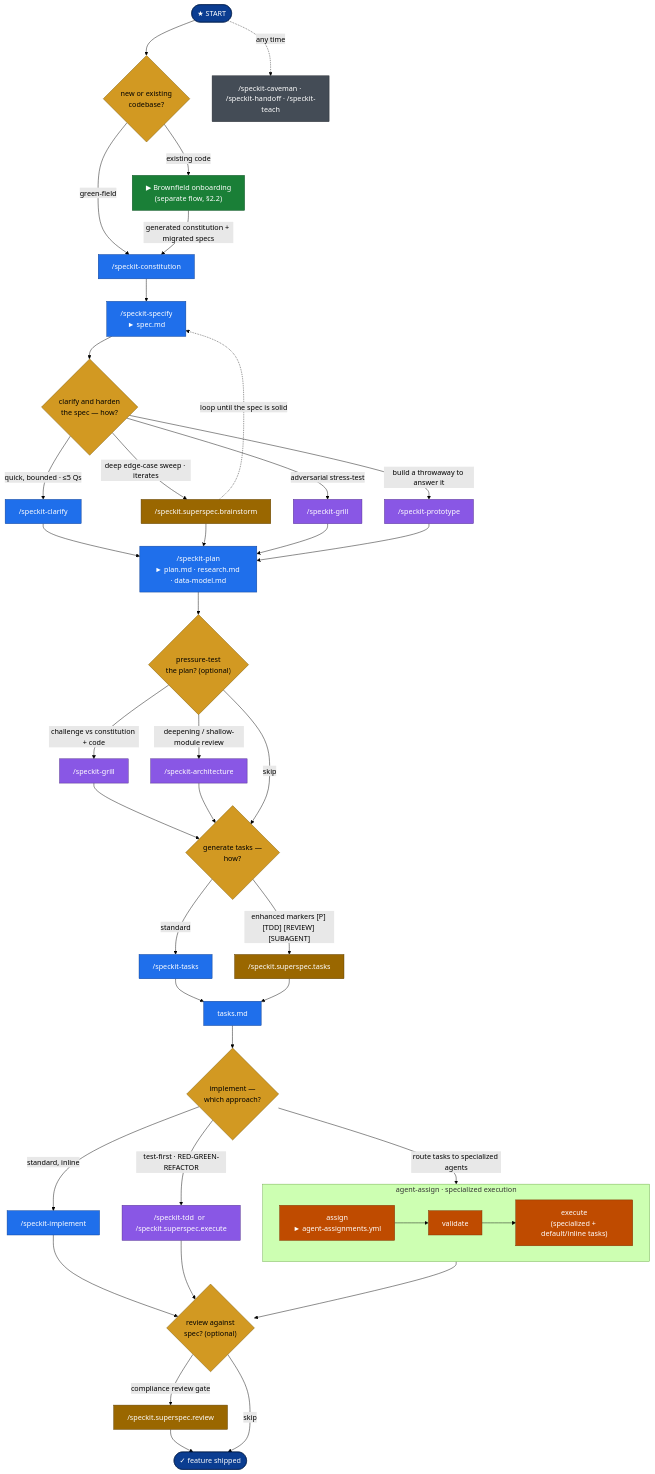
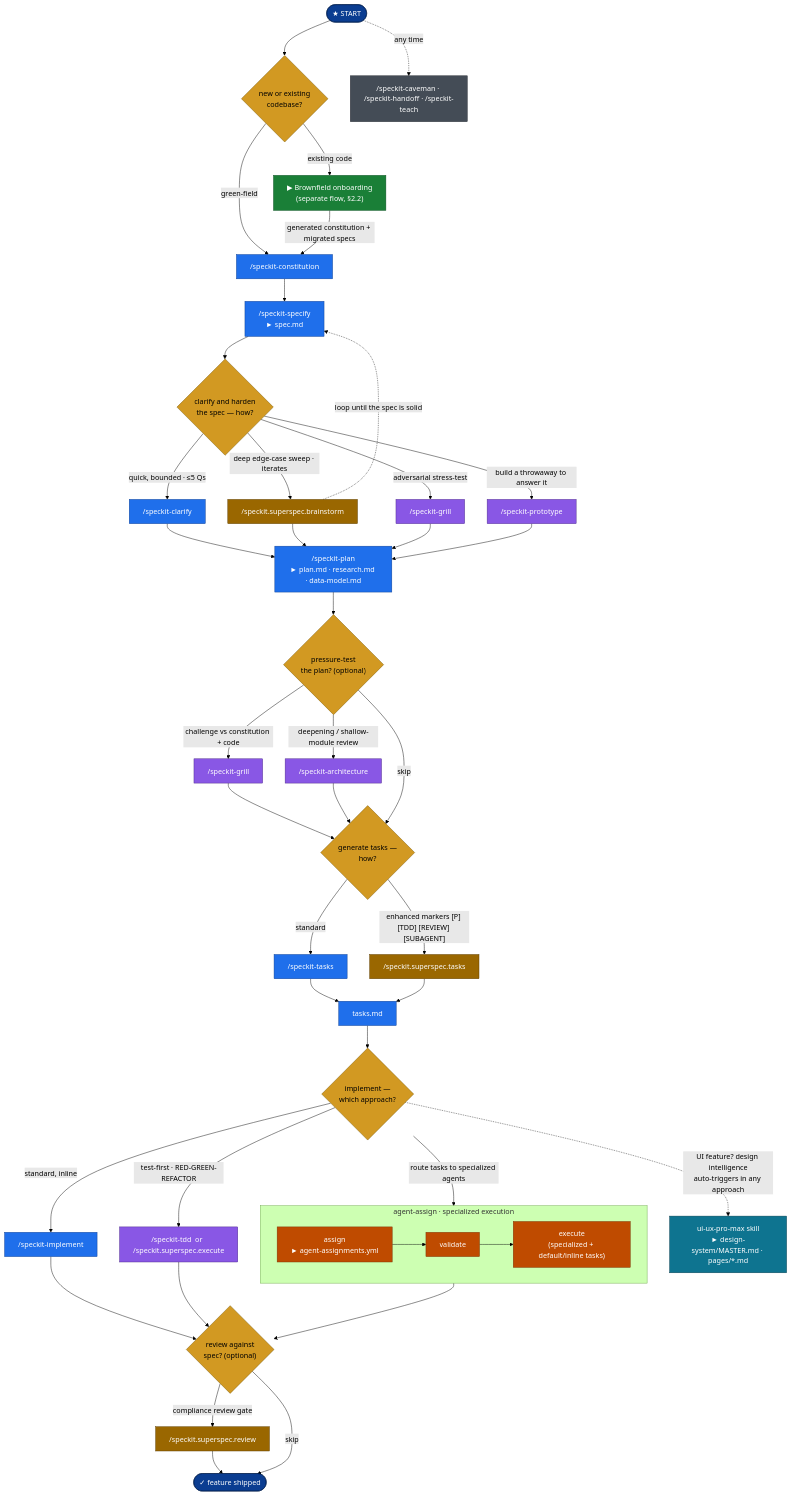
The first of 2 diagrams in WORKFLOW.md (schwarz-christoph/spec-kit-csc-extension), drawn with Mermaid (forest theme) before and after one commit. The commit also changed other lines of this file and 5 other files, not shown here.

First line of the commit message:
Add ui-ux-pro-max to default extensions; support Claude plugin layout

````diff
--- a/WORKFLOW.md
+++ b/WORKFLOW.md
@@ -98,63 +101,66 @@
 ```mermaid
 flowchart TD
     START([★ START]):::entry --> Q0{"new or existing<br/>codebase?"}:::branch
     Q0 -->|green-field| C
     Q0 -->|existing code| BREF["▶ Brownfield onboarding<br/>(separate flow, §2.2)"]:::bf
     BREF -->|generated constitution + migrated specs| C
 
     C["/speckit-constitution"]:::core --> S["/speckit-specify<br/>► spec.md"]:::core
 
     %% ---- decision: how to clarify / harden the spec ----
     S --> Q1{"clarify and harden<br/>the spec — how?"}:::branch
     Q1 -->|"quick, bounded · ≤5 Qs"| CL["/speckit-clarify"]:::core
     Q1 -->|"deep edge-case sweep · iterates"| BR["/speckit.superspec.brainstorm"]:::ss
     Q1 -->|"adversarial stress-test"| GR1["/speckit-grill"]:::csc
     Q1 -->|"build a throwaway to answer it"| PR["/speckit-prototype"]:::csc
     BR -. loop until the spec is solid .-> S
     CL --> P
     BR --> P
     GR1 --> P
     PR --> P
 
     P["/speckit-plan<br/>► plan.md · research.md · data-model.md"]:::core --> Q2{"pressure-test<br/>the plan? (optional)"}:::branch
     Q2 -->|"challenge vs constitution + code"| GR2["/speckit-grill"]:::csc --> Q3
     Q2 -->|"deepening / shallow-module review"| AR["/speckit-architecture"]:::csc --> Q3
     Q2 -->|skip| Q3
 
     %% ---- decision: how to generate tasks ----
     Q3{"generate tasks —<br/>how?"}:::branch
     Q3 -->|standard| T1["/speckit-tasks"]:::core
     Q3 -->|"enhanced markers [P] [TDD] [REVIEW] [SUBAGENT]"| T2["/speckit.superspec.tasks"]:::ss
     T1 --> TM["tasks.md"]:::core
     T2 --> TM
 
     %% ---- decision: how to implement ----
     TM --> Q4{"implement —<br/>which approach?"}:::branch
     Q4 -->|"standard, inline"| I1["/speckit-implement"]:::core
     Q4 -->|"test-first · RED-GREEN-REFACTOR"| I2["/speckit-tdd  or  /speckit.superspec.execute"]:::csc
     Q4 -->|"route tasks to specialized agents"| AA1
     subgraph AA["agent-assign · specialized execution"]
         direction LR
         AA1["assign<br/>► agent-assignments.yml"]:::aa --> AA2["validate"]:::aa --> AA3["execute<br/>(specialized + default/inline tasks)"]:::aa
     end
 
+    Q4 -. "UI feature? design intelligence<br/>auto-triggers in any approach" .-> UXP["ui-ux-pro-max skill<br/>► design-system/MASTER.md · pages/*.md"]:::ux
+
     I1 --> Q5
     I2 --> Q5
     AA3 --> Q5
     Q5{"review against<br/>spec? (optional)"}:::branch
     Q5 -->|"compliance review gate"| RV["/speckit.superspec.review"]:::ss --> DONE
     Q5 -->|skip| DONE
     DONE([✓ feature shipped]):::entry
 
     %% ---- always available, off the path ----
     START -. any time .-> UTIL["/speckit-caveman · /speckit-handoff · /speckit-teach"]:::util
 
     classDef entry fill:#0b3d91,stroke:#06214d,color:#fff;
     classDef core fill:#1f6feb,stroke:#0b3d91,color:#fff;
     classDef csc fill:#8957e5,stroke:#4c2889,color:#fff;
     classDef bf fill:#1a7f37,stroke:#0d4f22,color:#fff;
     classDef aa fill:#bf4b00,stroke:#7a3000,color:#fff;
     classDef ss fill:#9a6700,stroke:#5c3d00,color:#fff;
     classDef branch fill:#d29922,stroke:#7a5800,color:#000;
     classDef util fill:#444c56,stroke:#22272e,color:#fff;
+    classDef ux fill:#0e7490,stroke:#083d4d,color:#fff;
 ```
````
